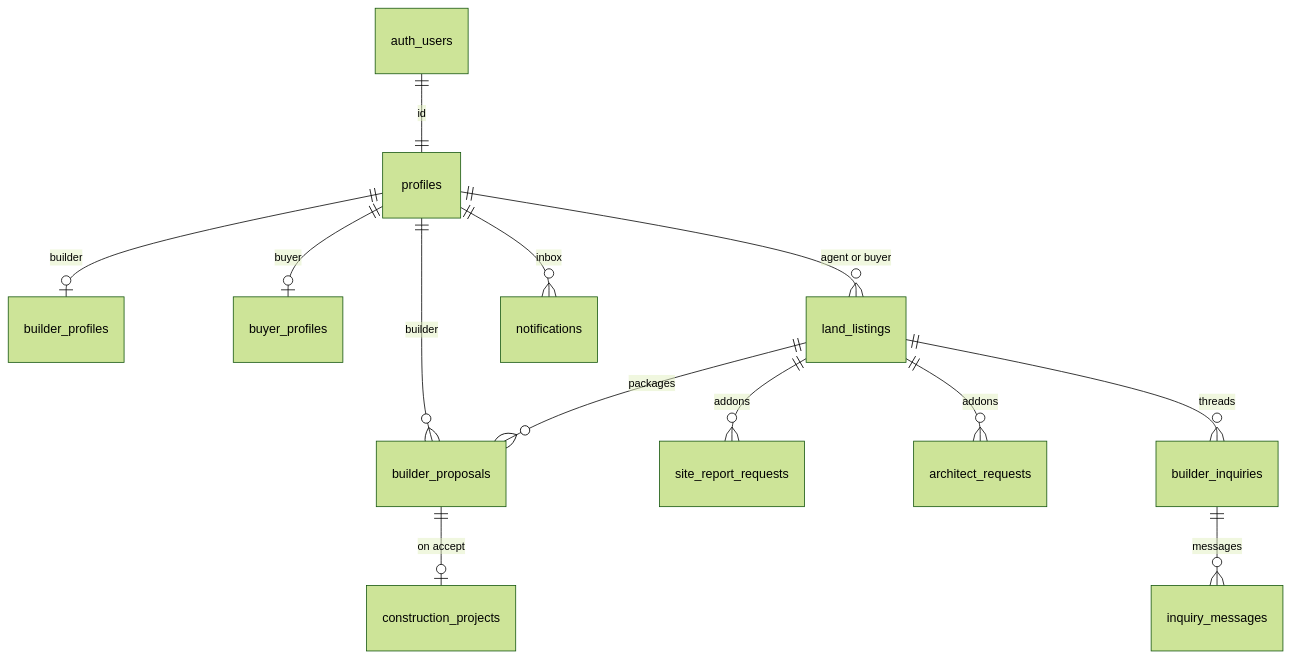
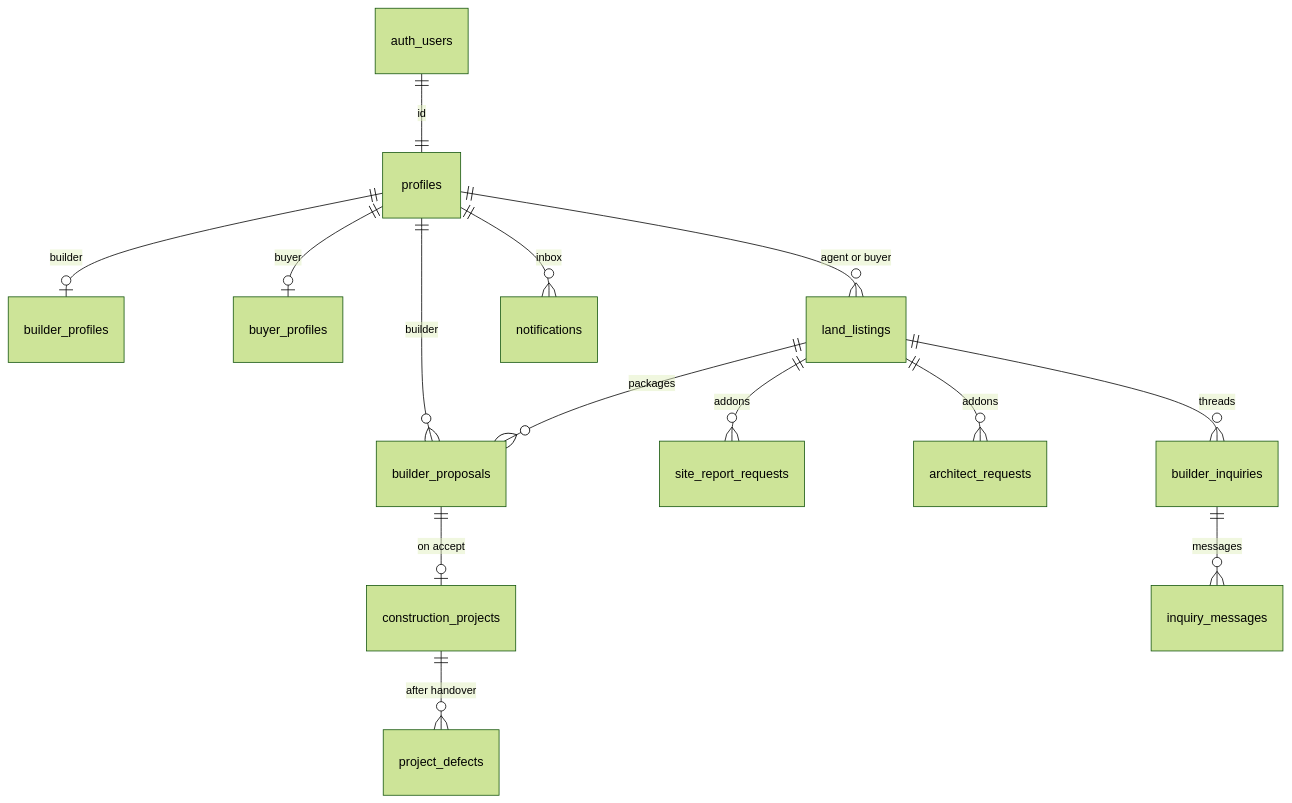
The fifth of 7 diagrams in docs/ARCHITECTURE.md (dealszillame-blip/velu-app), drawn with Mermaid (forest theme) before and after one commit. The commit also changed other lines of this file and 14 other files, not shown here.

First line of the commit message:
Add post-handover defects and the statutory warranty note.

````diff
--- a/docs/ARCHITECTURE.md
+++ b/docs/ARCHITECTURE.md
@@ -280,15 +280,16 @@
 ```mermaid
 erDiagram
   auth_users ||--|| profiles : "id"
   profiles ||--o| builder_profiles : "builder"
   profiles ||--o| buyer_profiles : "buyer"
   profiles ||--o{ land_listings : "agent or buyer"
   land_listings ||--o{ builder_proposals : "packages"
   profiles ||--o{ builder_proposals : "builder"
   builder_proposals ||--o| construction_projects : "on accept"
+  construction_projects ||--o{ project_defects : "after handover"
   land_listings ||--o{ site_report_requests : "addons"
   land_listings ||--o{ architect_requests : "addons"
   land_listings ||--o{ builder_inquiries : "threads"
   builder_inquiries ||--o{ inquiry_messages : "messages"
   profiles ||--o{ notifications : "inbox"
 ```
````
